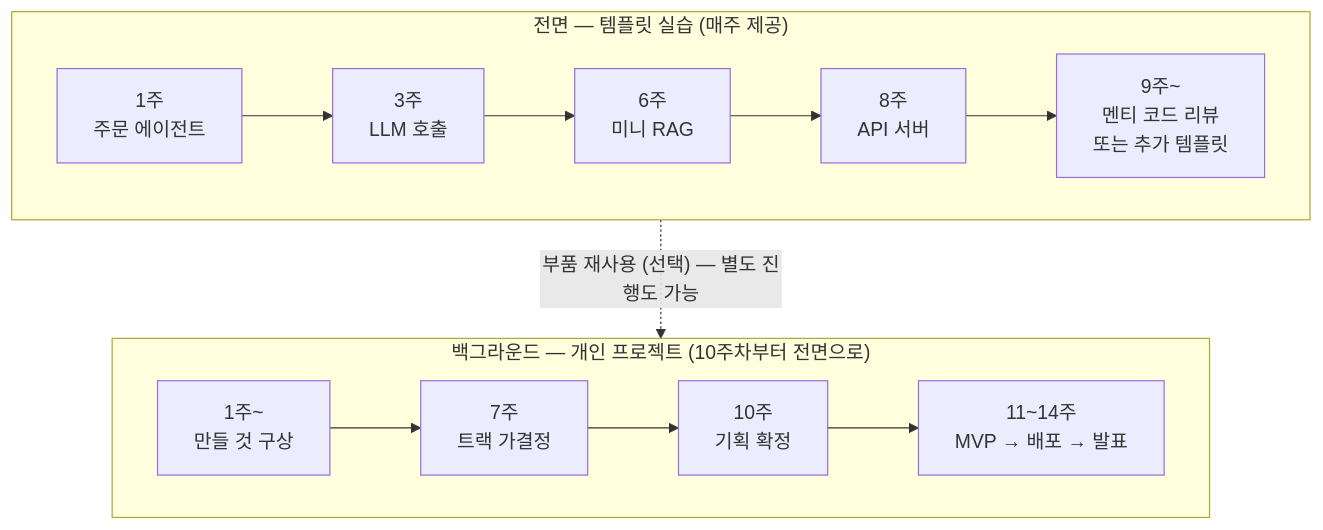
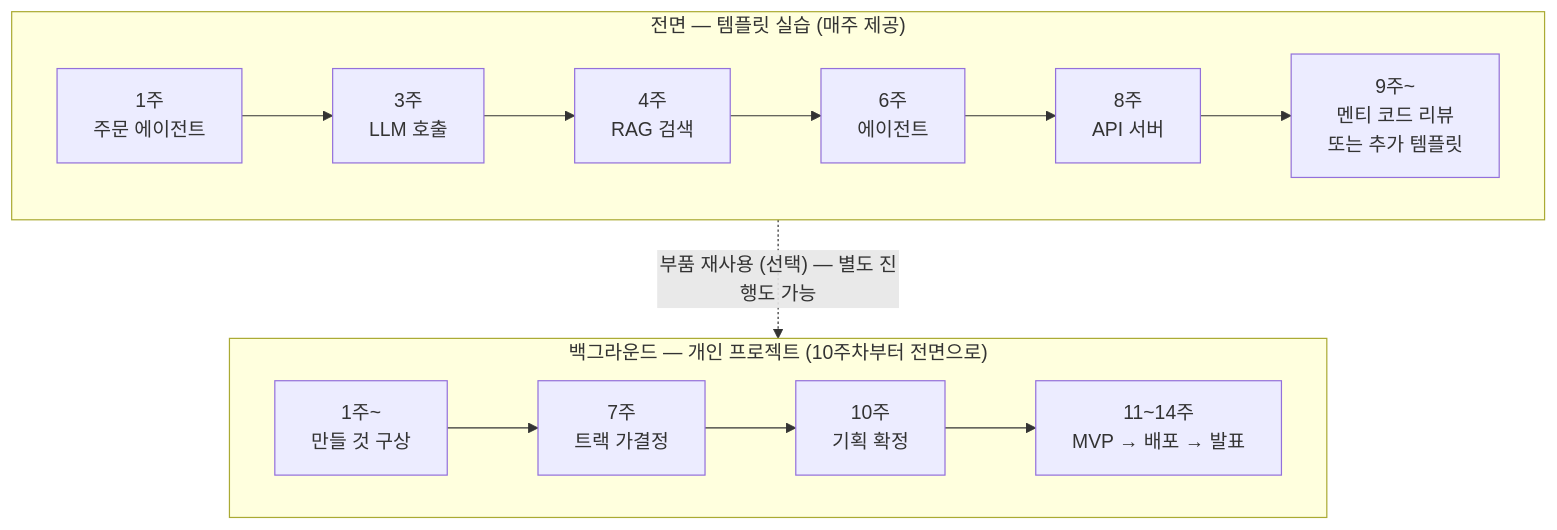
One commit to 2026-ai-service-engineering-a/ai_service_engineering-track_a changed the third of 19 diagrams in site/src/content/courses/ko/session-01.mdx. Above: the diagram before and after it, drawn with Mermaid. The commit also changed other lines of this file and 5 other files, not shown here.

````diff
--- a/site/src/content/courses/ko/session-01.mdx
+++ b/site/src/content/courses/ko/session-01.mdx
@@ -112,14 +112,14 @@
 ```mermaid
 flowchart TB
     subgraph template["전면 — 템플릿 실습 (매주 제공)"]
         direction LR
-        T1["1주<br/>주문 에이전트"] --> T3["3주<br/>LLM 호출"] --> T6["6주<br/>미니 RAG"] --> T8["8주<br/>API 서버"] --> T9["9주~<br/>멘티 코드 리뷰<br/>또는 추가 템플릿"]
+        T1["1주<br/>주문 에이전트"] --> T3["3주<br/>LLM 호출"] --> T4["4주<br/>RAG 검색"] --> T6["6주<br/>에이전트"] --> T8["8주<br/>API 서버"] --> T9["9주~<br/>멘티 코드 리뷰<br/>또는 추가 템플릿"]
     end
 
     subgraph proj["백그라운드 — 개인 프로젝트 (10주차부터 전면으로)"]
         direction LR
         P1["1주~<br/>만들 것 구상"] --> P7["7주<br/>트랙 가결정"] --> P10["10주<br/>기획 확정"] --> P14["11~14주<br/>MVP → 배포 → 발표"]
     end
 
     template -. "부품 재사용 (선택) — 별도 진행도 가능" .-> proj
 ```
````
